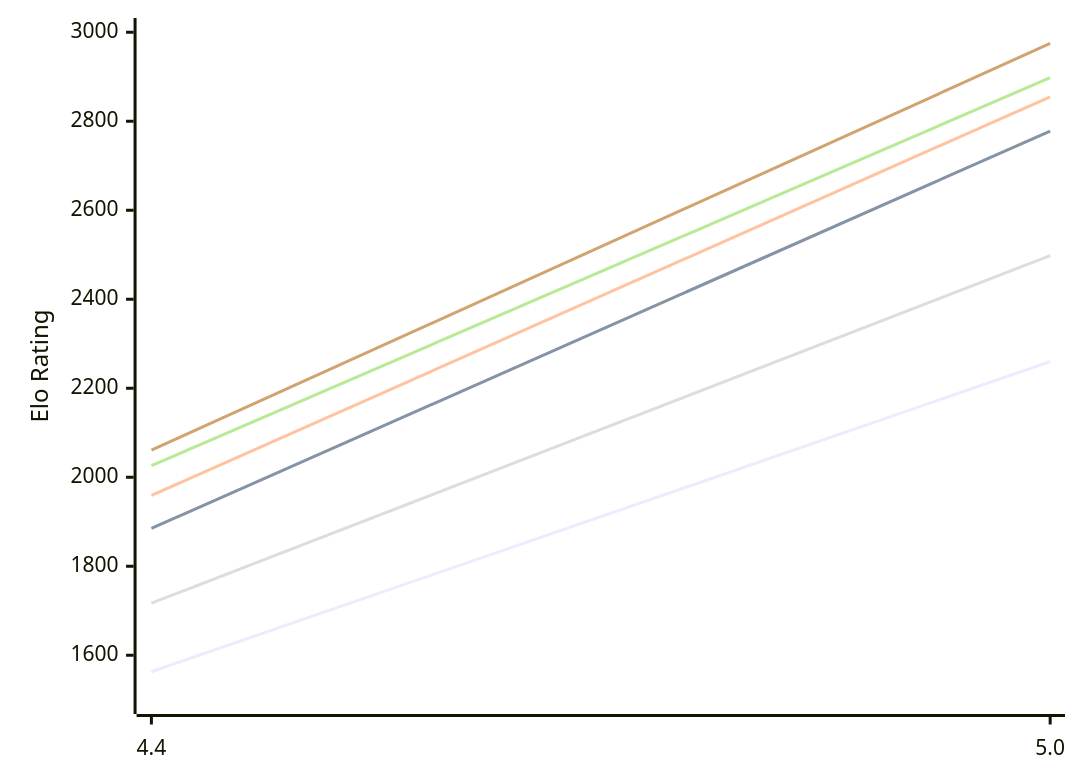
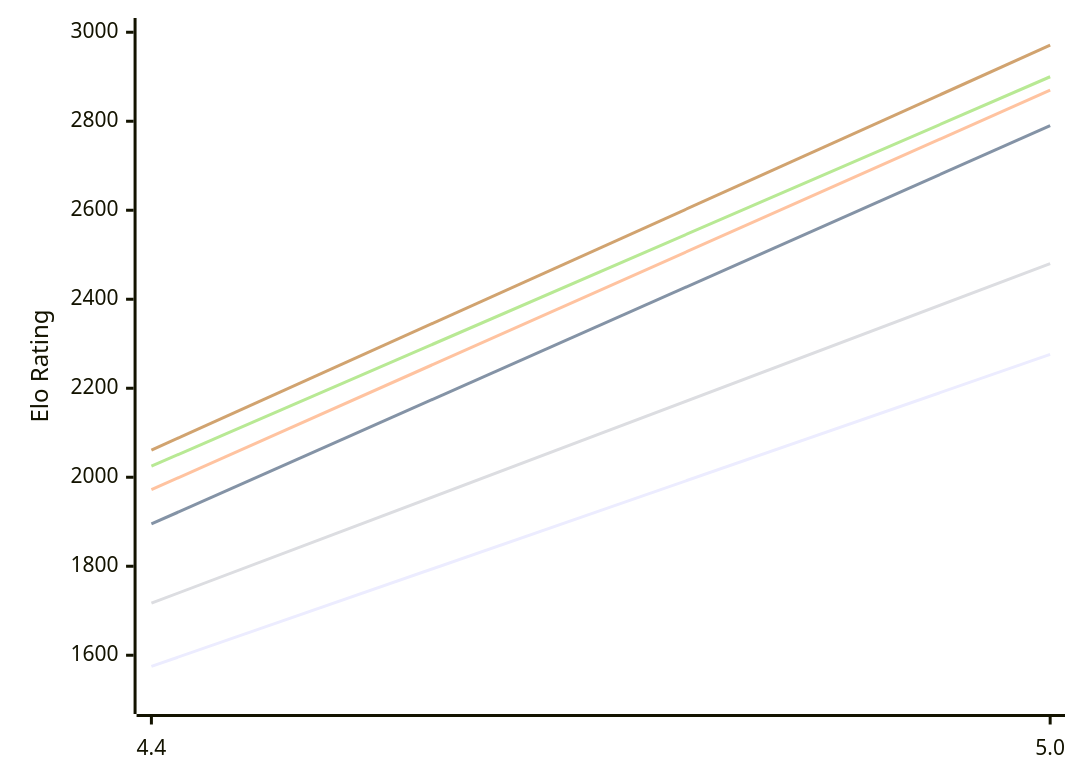
The first of 2 diagrams in engines/Radiance.md (computer-chess-index/cci), drawn with Mermaid before and after one commit. The commit also changed other lines of this file, not shown here.

Commit message:
Update CCI Ratings (ELO VLTC) - 2026-10-22

````diff
--- a/engines/Radiance.md
+++ b/engines/Radiance.md
@@ -51,12 +51,12 @@
 ```mermaid
 %%{init: {"theme":"base","themeVariables":{"seriesColors:['#a3a3a3','#222221','#faa371']}}}%%
 xychart-beta
   x-axis ["4.4", "5.0"]
   y-axis "Elo Rating" 1500 --> 3000
-  line "E1: STC (8.0+0.08s)" [1563, 2260]
-  line "E1: LTC (60.0+0.60s)" [1885, 2778]
-  line "E1: VLTC (2m24s+1.12s)" [1959, 2855]
-  line "P1: STC (8.0+0.08s)" [1717, 2498]
-  line "P1: LTC (60.0+0.60s)" [2026, 2898]
-  line "P1: VLTC (2m24s+1.12s)" [2061, 2975]
+  line "E1: STC (8.0+0.08s)" [1575, 2276]
+  line "E1: LTC (60.0+0.60s)" [1895, 2790]
+  line "E1: VLTC (2m24s+1.12s)" [1972, 2870]
+  line "P1: STC (8.0+0.08s)" [1717, 2480]
+  line "P1: LTC (60.0+0.60s)" [2025, 2900]
+  line "P1: VLTC (2m24s+1.12s)" [2061, 2971]
 ```
````
